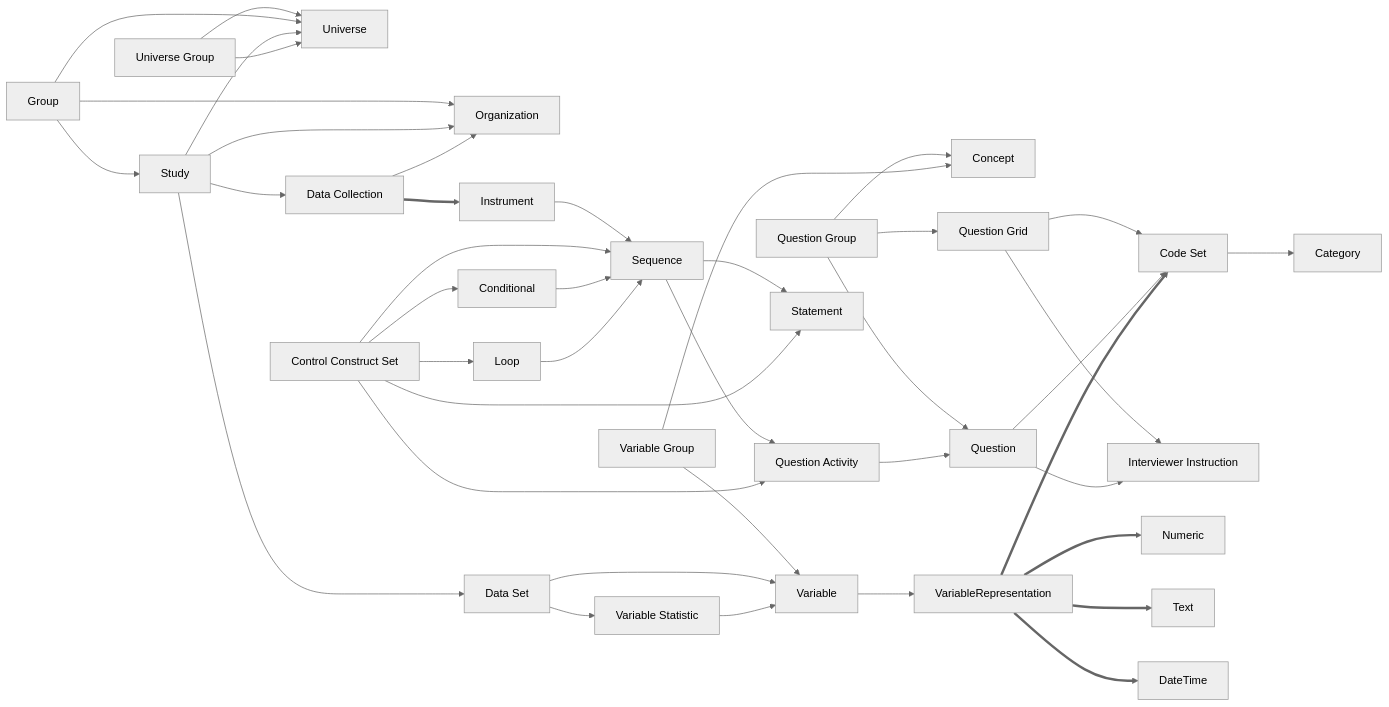
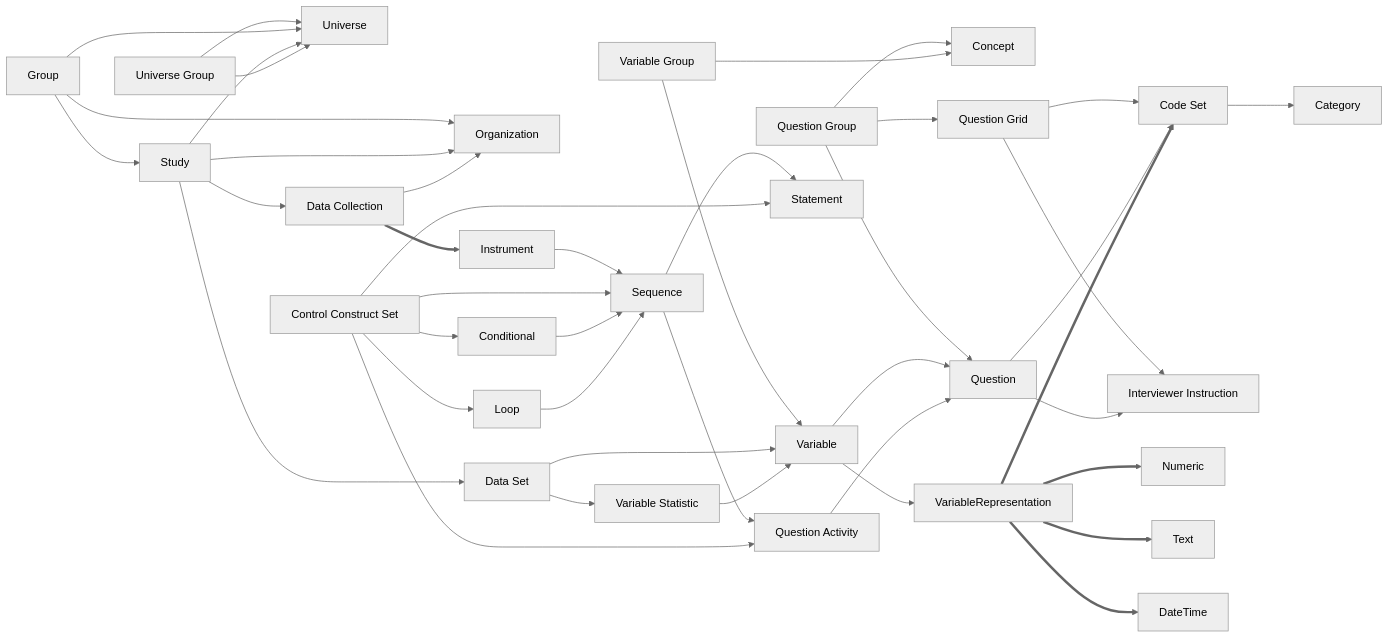
Before and after one commit to CLOSER-Cohorts/colectica-api: the diagram in README.md, drawn with Mermaid (neutral theme).

````diff
--- a/README.md
+++ b/README.md
@@ -30,43 +30,44 @@
 ```mermaid
 graph LR
   QGr[Question Group] --> Concept
   QGr[Question Group] --> Question
   QGr[Question Group] --> QG[Question Grid]
   VG[Variable Group] --> Variable
   VG[Variable Group] --> Concept
   UnG[Universe Group] --> Universe
+  Variable --> Question
   Group --> Organization
   Group --> Universe
   Group --> Study
   Study --> Organization
   Study --> Universe
   Study --> DaC[Data Collection]
   Study --> DaS[Data Set]
   DaC[Data Collection] --> Organization
   DaC[Data Collection] ==> Instrument
   UnG[Universe Group] --> Universe
   Instrument --> Sequence
   Sequence --> Statement
   Sequence --> QA[Question Activity]
   QA[Question Activity] --> Question
   QG[Question Grid] --> CoS[Code Set]
   QG[Question Grid] --> II[Interviewer Instruction]
   Question --> CoS[Code Set]
   Question --> II[Interviewer Instruction]
   CoS --> Category
   CCS[Control Construct Set] --> Sequence
   Conditional --> Sequence
   CCS[Control Construct Set] --> Conditional
   CCS[Control Construct Set] --> Statement
   CCS[Control Construct Set] --> Loop
   CCS[Control Construct Set] --> QA[Question Activity]
   DaS[Data Set] --> VaS[Variable Statistic]
   DaS[Data Set] --> Variable
   VaS[Variable Statistic] --> Variable
   Variable --> VariableRepresentation
   VariableRepresentation ==> CoS[Code Set]
   VariableRepresentation ==> Numeric
   VariableRepresentation ==> Text
   VariableRepresentation ==> DateTime
   Loop --> Sequence
 ```
````
